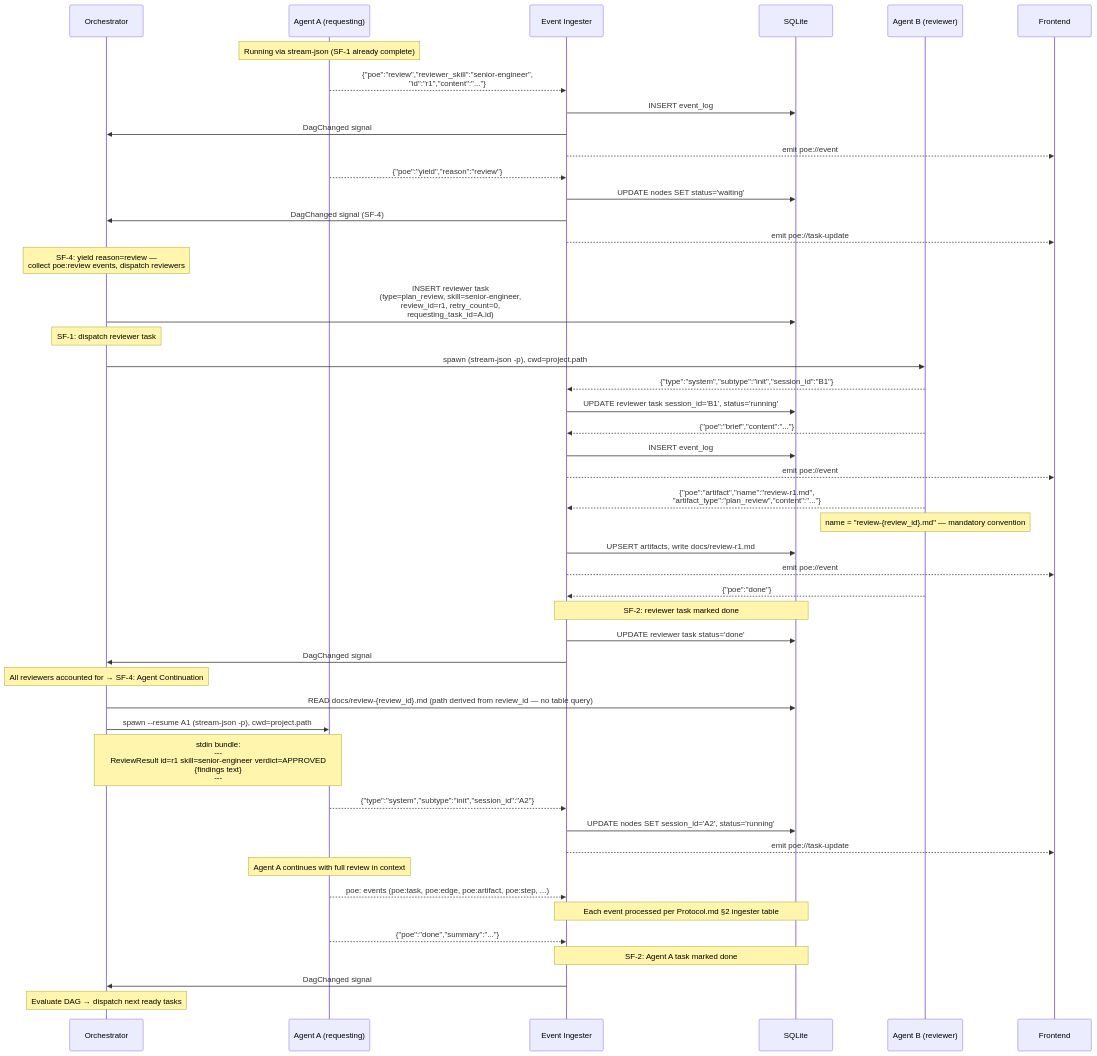
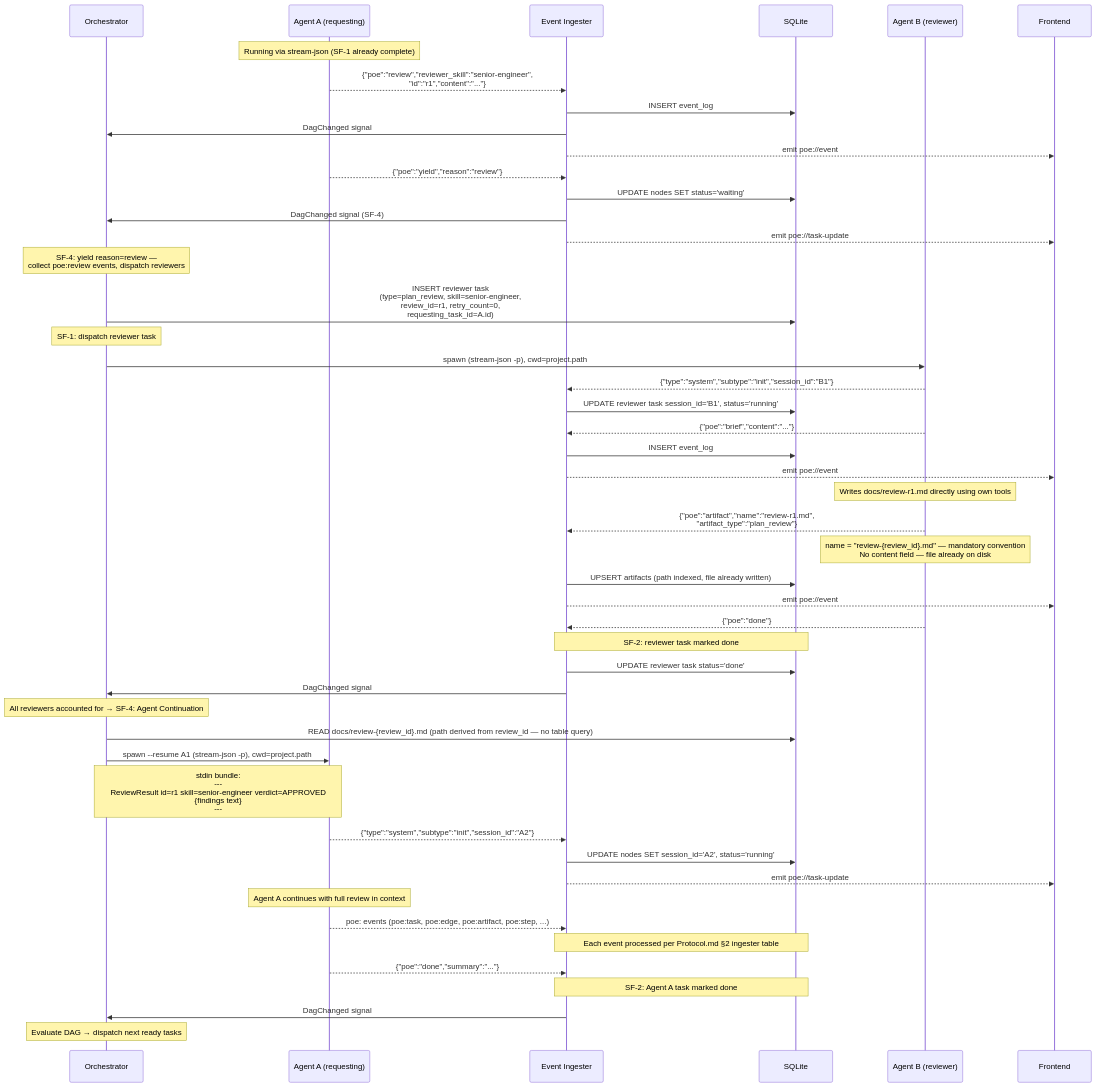
Before and after one commit to grant-traynor/bp6: the first of 10 diagrams in doc-POE/Flows.md, drawn with Mermaid. The commit also changed other lines of this file and 3 other files, not shown here.

````diff
--- a/doc-POE/Flows.md
+++ b/doc-POE/Flows.md
@@ -222,65 +222,66 @@
 ```mermaid
 sequenceDiagram
     participant Orch as Orchestrator
     participant A as Agent A (requesting)
     participant Ing as Event Ingester
     participant DB as SQLite
     participant B as Agent B (reviewer)
     participant FE as Frontend
 
     Note over A: Running via stream-json (SF-1 already complete)
 
     A-->>Ing: {"poe":"review","reviewer_skill":"senior-engineer",<br/>"id":"r1","content":"..."}
     Ing->>DB: INSERT event_log
     Ing->>Orch: DagChanged signal
     Ing-->>FE: emit poe://event
 
     A-->>Ing: {"poe":"yield","reason":"review"}
     Ing->>DB: UPDATE nodes SET status='waiting'
     Ing->>Orch: DagChanged signal (SF-4)
     Ing-->>FE: emit poe://task-update
 
     Note over Orch: SF-4: yield reason=review —<br/>collect poe:review events, dispatch reviewers
 
     Orch->>DB: INSERT reviewer task<br/>(type=plan_review, skill=senior-engineer,<br/>review_id=r1, retry_count=0,<br/>requesting_task_id=A.id)
     Note over Orch: SF-1: dispatch reviewer task
 
     Orch->>B: spawn (stream-json -p), cwd=project.path
     B-->>Ing: {"type":"system","subtype":"init","session_id":"B1"}
     Ing->>DB: UPDATE reviewer task session_id='B1', status='running'
 
     B-->>Ing: {"poe":"brief","content":"..."}
     Ing->>DB: INSERT event_log
     Ing-->>FE: emit poe://event
 
-    B-->>Ing: {"poe":"artifact","name":"review-r1.md",<br/>"artifact_type":"plan_review","content":"..."}
-    Note over B: name = "review-{review_id}.md" — mandatory convention
-    Ing->>DB: UPSERT artifacts, write docs/review-r1.md
+    Note over B: Writes docs/review-r1.md directly using own tools
+    B-->>Ing: {"poe":"artifact","name":"review-r1.md",<br/>"artifact_type":"plan_review"}
+    Note over B: name = "review-{review_id}.md" — mandatory convention<br/>No content field — file already on disk
+    Ing->>DB: UPSERT artifacts (path indexed, file already written)
     Ing-->>FE: emit poe://event
 
     B-->>Ing: {"poe":"done"}
     Note over Ing,DB: SF-2: reviewer task marked done
 
     Ing->>DB: UPDATE reviewer task status='done'
     Ing->>Orch: DagChanged signal
 
     Note over Orch: All reviewers accounted for → SF-4: Agent Continuation
 
     Orch->>DB: READ docs/review-{review_id}.md (path derived from review_id — no table query)
     Orch->>A: spawn --resume A1 (stream-json -p), cwd=project.path
     Note over Orch,A: stdin bundle:<br/>---<br/>ReviewResult id=r1 skill=senior-engineer verdict=APPROVED<br/>{findings text}<br/>---
 
     A-->>Ing: {"type":"system","subtype":"init","session_id":"A2"}
     Ing->>DB: UPDATE nodes SET session_id='A2', status='running'
     Ing-->>FE: emit poe://task-update
 
     Note over A: Agent A continues with full review in context
 
     A-->>Ing: poe: events (poe:task, poe:edge, poe:artifact, poe:step, ...)
     Note over Ing,DB: Each event processed per Protocol.md §2 ingester table
 
     A-->>Ing: {"poe":"done","summary":"..."}
     Note over Ing,DB: SF-2: Agent A task marked done
     Ing->>Orch: DagChanged signal
     Note over Orch: Evaluate DAG → dispatch next ready tasks
 ```
````
